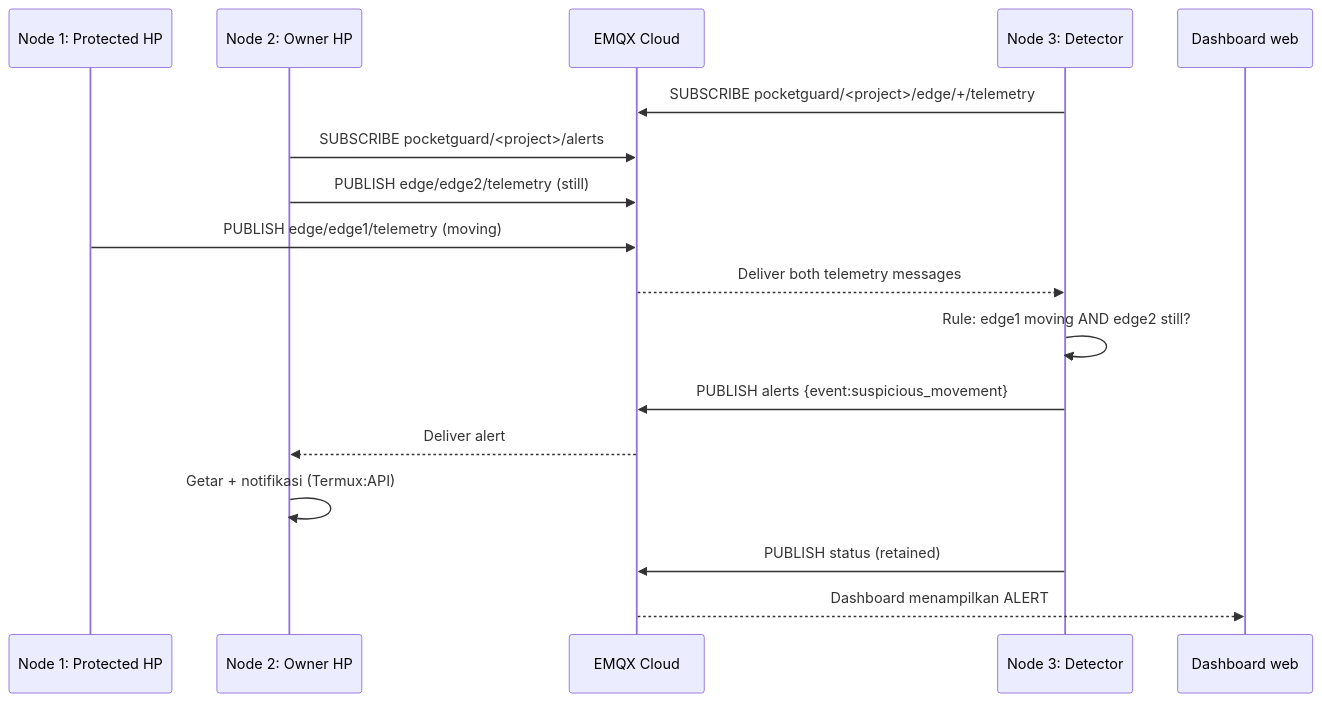
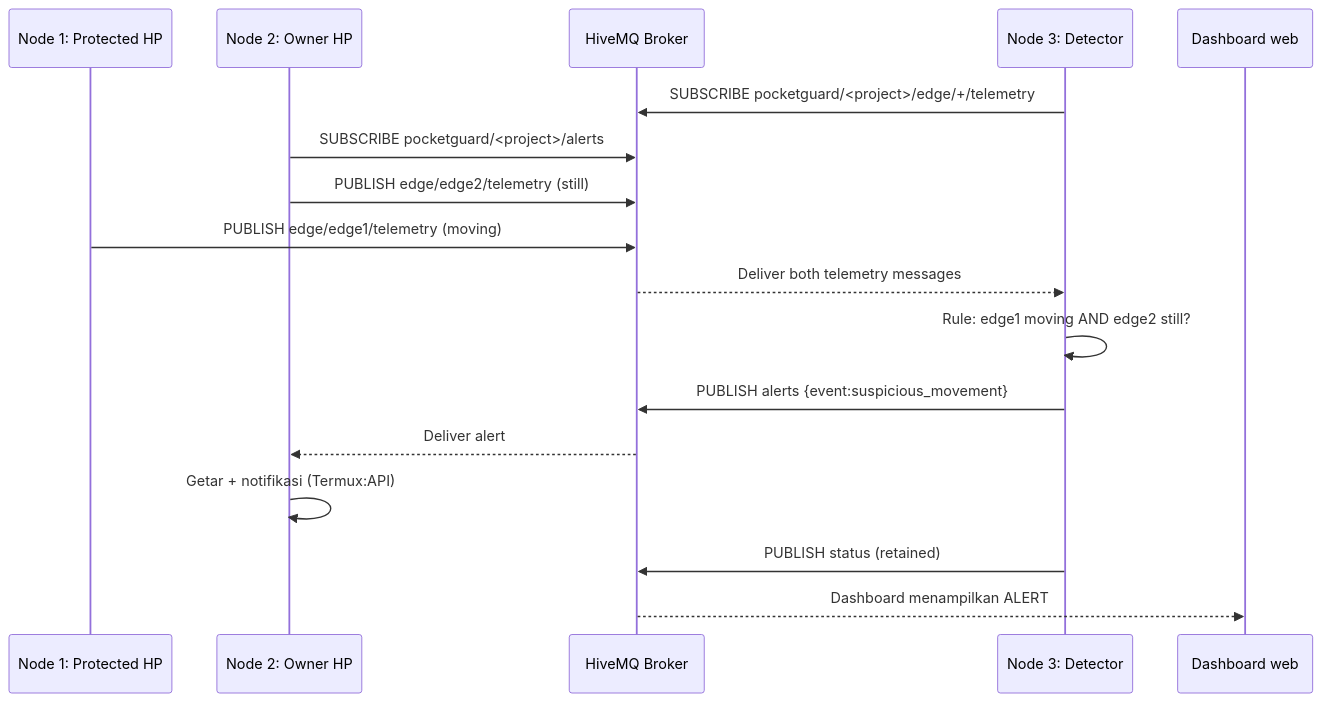
Before and after one commit to JustinCLT/baby-monitor-iot: the second of 2 diagrams in docs/ARCHITECTURE.md, drawn with Mermaid. The commit also changed other lines of this file and 11 other files, not shown here.

First line of the commit message:
feat: pakai broker publik HiveMQ sebagai default (tanpa daftar akun)

````diff
--- a/docs/ARCHITECTURE.md
+++ b/docs/ARCHITECTURE.md
@@ -27,19 +27,19 @@
 ```mermaid
 sequenceDiagram
   participant A as Node 1: Protected HP
   participant B as Node 2: Owner HP
-  participant M as EMQX Cloud
+  participant M as HiveMQ Broker
   participant D as Node 3: Detector
   participant W as Dashboard web
   D->>M: SUBSCRIBE pocketguard/<project>/edge/+/telemetry
   B->>M: SUBSCRIBE pocketguard/<project>/alerts
   B->>M: PUBLISH edge/edge2/telemetry (still)
   A->>M: PUBLISH edge/edge1/telemetry (moving)
   M-->>D: Deliver both telemetry messages
   D->>D: Rule: edge1 moving AND edge2 still?
   D->>M: PUBLISH alerts {event:suspicious_movement}
   M-->>B: Deliver alert
   B->>B: Getar + notifikasi (Termux:API)
   D->>M: PUBLISH status (retained)
   M-->>W: Dashboard menampilkan ALERT
 ```
````
